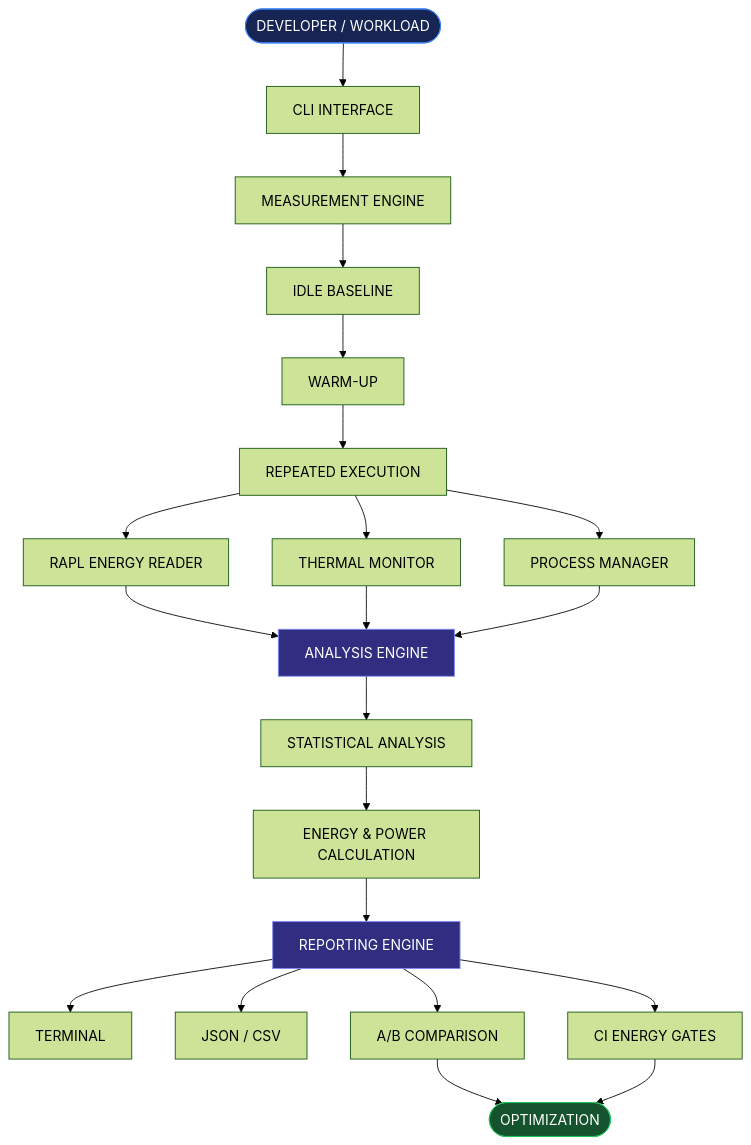
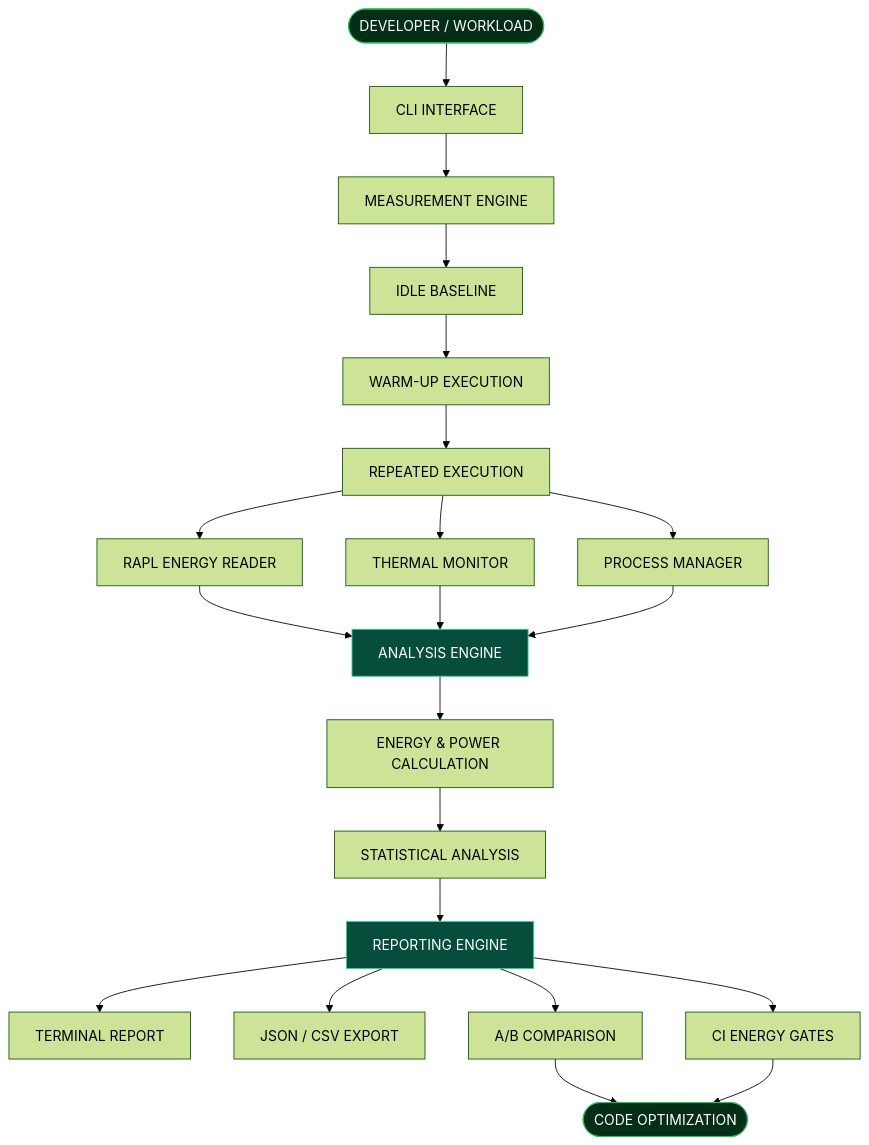
One commit to vikas468368-star/8DoTs changed the diagram in README.md. Above: the diagram before and after it, drawn with Mermaid (forest theme). The commit also changed other lines of this file, not shown here.

````diff
--- a/README.md
+++ b/README.md
@@ -61,35 +64,36 @@
 ```mermaid
 flowchart TD
     A(["DEVELOPER / WORKLOAD"]) --> B["CLI INTERFACE"]
+
     B --> C["MEASUREMENT ENGINE"]
 
     C --> D["IDLE BASELINE"]
-    D --> E["WARM-UP"]
+    D --> E["WARM-UP EXECUTION"]
     E --> F["REPEATED EXECUTION"]
 
     F --> G["RAPL ENERGY READER"]
     F --> H["THERMAL MONITOR"]
     F --> I["PROCESS MANAGER"]
 
     G --> J["ANALYSIS ENGINE"]
     H --> J
     I --> J
 
-    J --> K["STATISTICAL ANALYSIS"]
-    K --> L["ENERGY & POWER CALCULATION"]
+    J --> K["ENERGY & POWER CALCULATION"]
+    K --> L["STATISTICAL ANALYSIS"]
 
     L --> M["REPORTING ENGINE"]
 
-    M --> N["TERMINAL"]
-    M --> O["JSON / CSV"]
+    M --> N["TERMINAL REPORT"]
+    M --> O["JSON / CSV EXPORT"]
     M --> P["A/B COMPARISON"]
     M --> Q["CI ENERGY GATES"]
 
-    P --> R(["OPTIMIZATION"])
+    P --> R(["CODE OPTIMIZATION"])
     Q --> R
 
-    style A fill:#172554,color:#fff,stroke:#3B82F6
-    style R fill:#14532D,color:#fff,stroke:#22C55E
-    style J fill:#312E81,color:#fff,stroke:#818CF8
-    style M fill:#312E81,color:#fff,stroke:#818CF8
+    style A fill:#052e16,color:#fff,stroke:#22c55e
+    style R fill:#052e16,color:#fff,stroke:#22c55e
+    style J fill:#064e3b,color:#fff,stroke:#34d399
+    style M fill:#064e3b,color:#fff,stroke:#34d399
 ```
````
